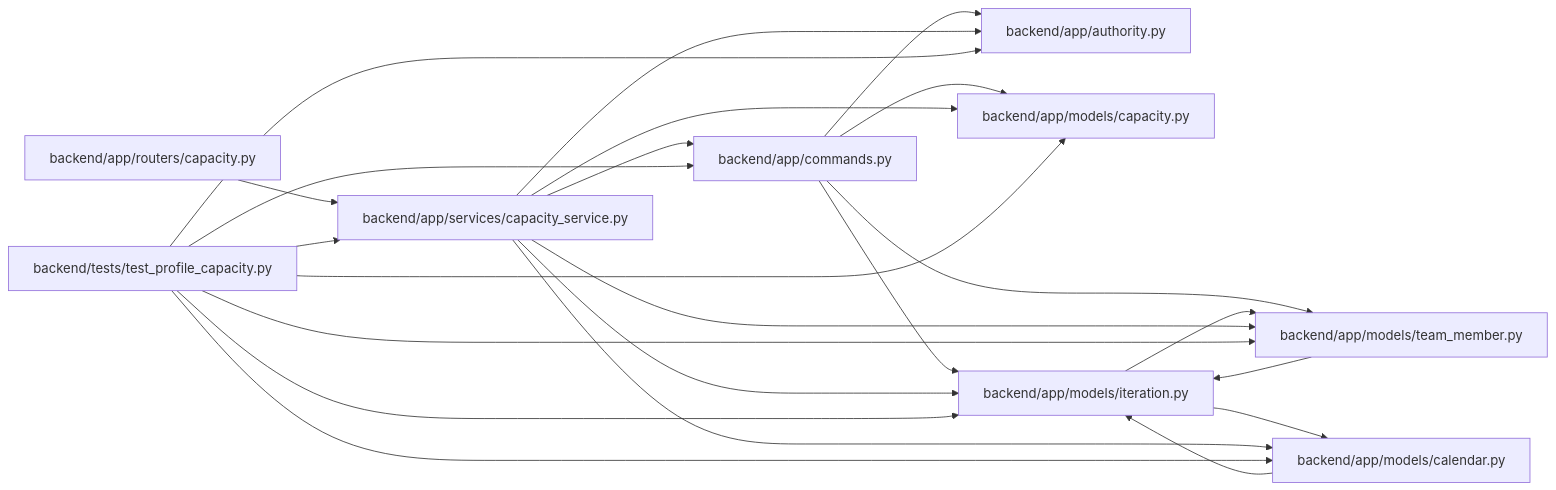
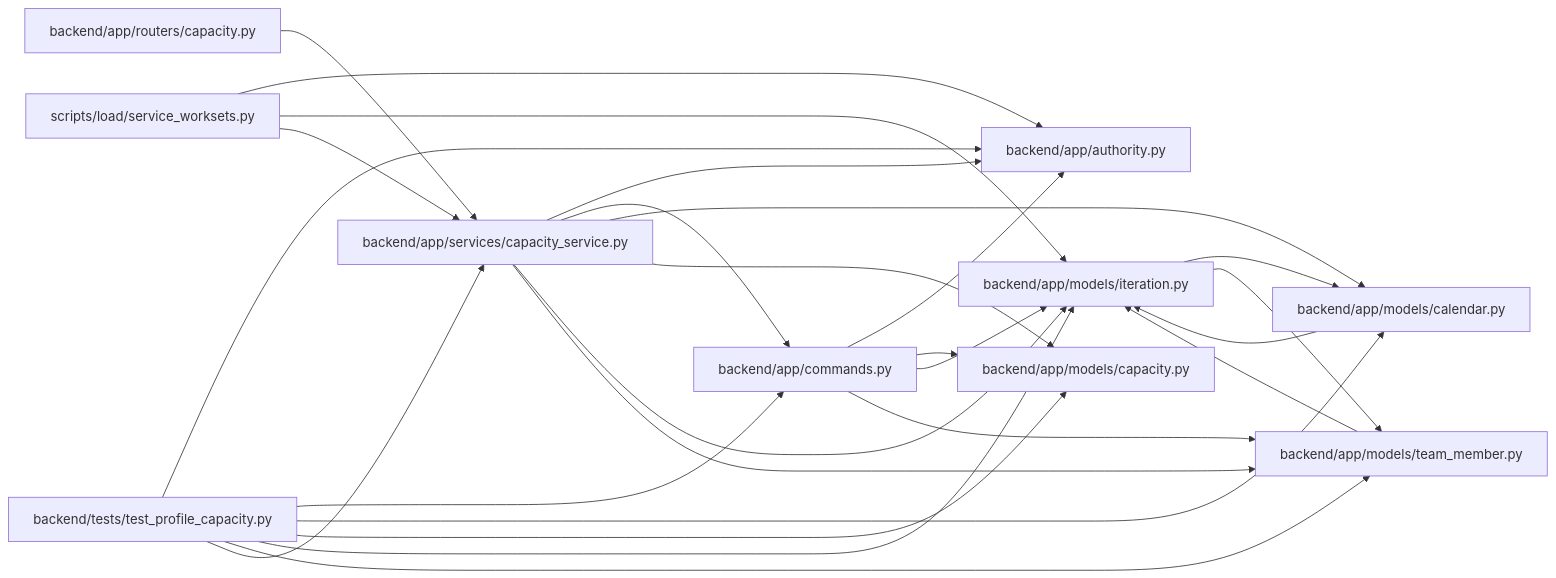
One commit to Denissvgn/WorkChord changed the diagram in docs/llm_wiki/modules/capacity_service.md. Above: the diagram before and after it, drawn with Mermaid. The commit also changed other lines of this file and 2509 other files, not shown here.

````diff
--- a/docs/llm_wiki/modules/capacity_service.md
+++ b/docs/llm_wiki/modules/capacity_service.md
@@ -25,43 +25,48 @@
 ```mermaid
 flowchart LR
     n0["backend/app/authority.py"]
     n1["backend/app/commands.py"]
     n2["backend/app/models/calendar.py"]
     n3["backend/app/models/capacity.py"]
     n4["backend/app/models/iteration.py"]
     n5["backend/app/models/team_member.py"]
     n6["backend/app/routers/capacity.py"]
     n7["backend/app/services/capacity_service.py"]
     n8["backend/tests/test_profile_capacity.py"]
+    n9["scripts/load/service_worksets.py"]
     n1 --> n0
     n1 --> n3
     n1 --> n4
     n1 --> n5
     n2 --> n4
     n4 --> n2
     n4 --> n5
     n5 --> n4
     n6 --> n7
     n7 --> n0
     n7 --> n1
     n7 --> n2
     n7 --> n3
     n7 --> n4
     n7 --> n5
     n8 --> n0
     n8 --> n1
     n8 --> n2
     n8 --> n3
     n8 --> n4
     n8 --> n5
     n8 --> n7
+    n9 --> n0
+    n9 --> n4
+    n9 --> n7
     click n0 "../modules/authority.md"
     click n1 "../modules/commands.md"
     click n2 "../modules/models_calendar.md"
     click n3 "../modules/models_capacity.md"
     click n4 "../modules/models_iteration.md"
     click n5 "../modules/team_member.md"
     click n6 "../modules/routers_capacity.md"
     click n7 "../modules/capacity_service.md"
     click n8 "../modules/test_profile_capacity.md"
+    click n9 "../modules/service_worksets.md"
 ```
````
